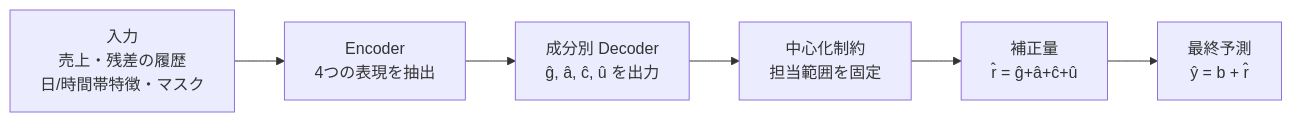
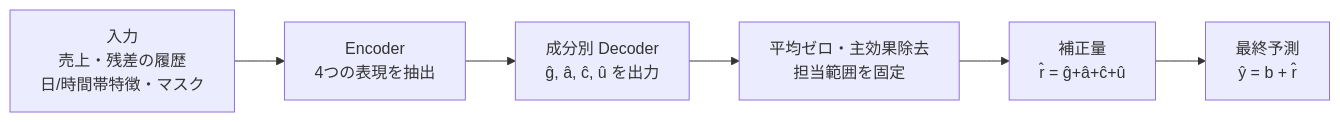
One commit to ShotaArima/decoupling changed the diagram in doc/on-campus/semi-presen/slidev/slides.md. Above: the diagram before and after it, drawn with Mermaid. The commit also changed other lines of this file and 3 other files, not shown here.

````diff
--- a/doc/on-campus/semi-presen/slidev/slides.md
+++ b/doc/on-campus/semi-presen/slidev/slides.md
@@ -195,8 +197,8 @@
 ```mermaid {scale: 0.75}
 flowchart LR
     A["入力<br>売上・残差の履歴<br>日/時間帯特徴・マスク"] --> B["Encoder<br>4つの表現を抽出"]
     B --> C["成分別 Decoder<br>ĝ, â, ĉ, û を出力"]
-    C --> D["中心化制約<br>担当範囲を固定"]
+    C --> D["平均ゼロ・主効果除去<br>担当範囲を固定"]
     D --> E["補正量<br>r̂ = ĝ+â+ĉ+û"]
     E --> F["最終予測<br>ŷ = b + r̂"]
 ```
````
